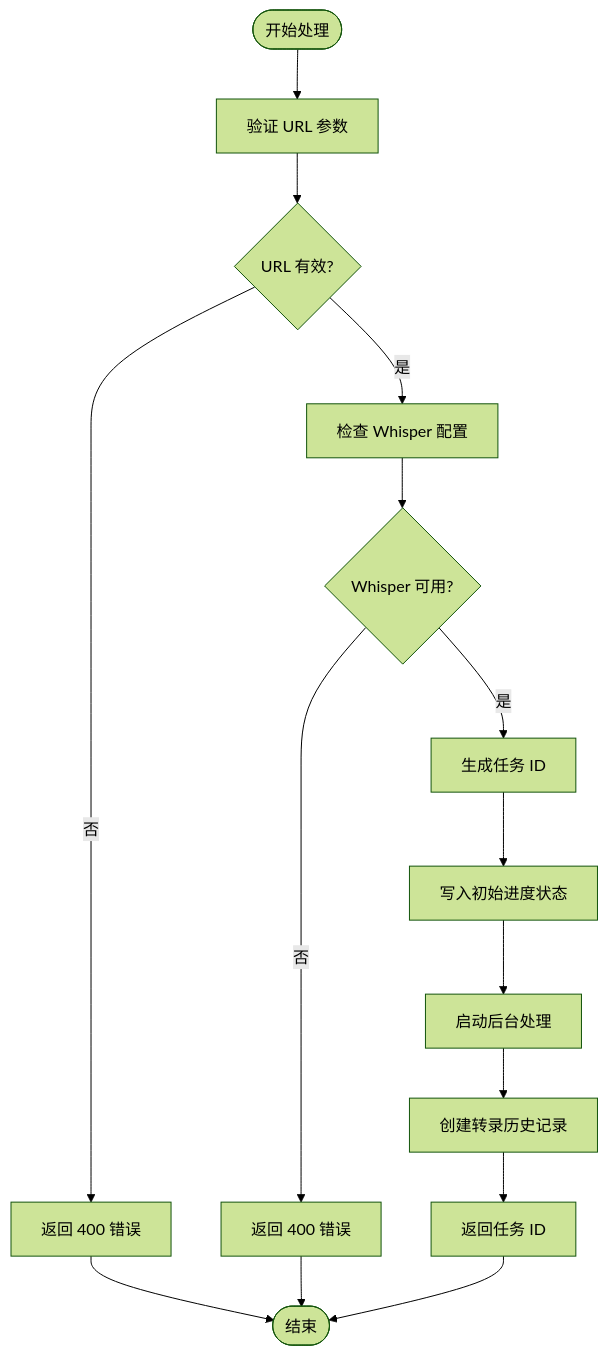
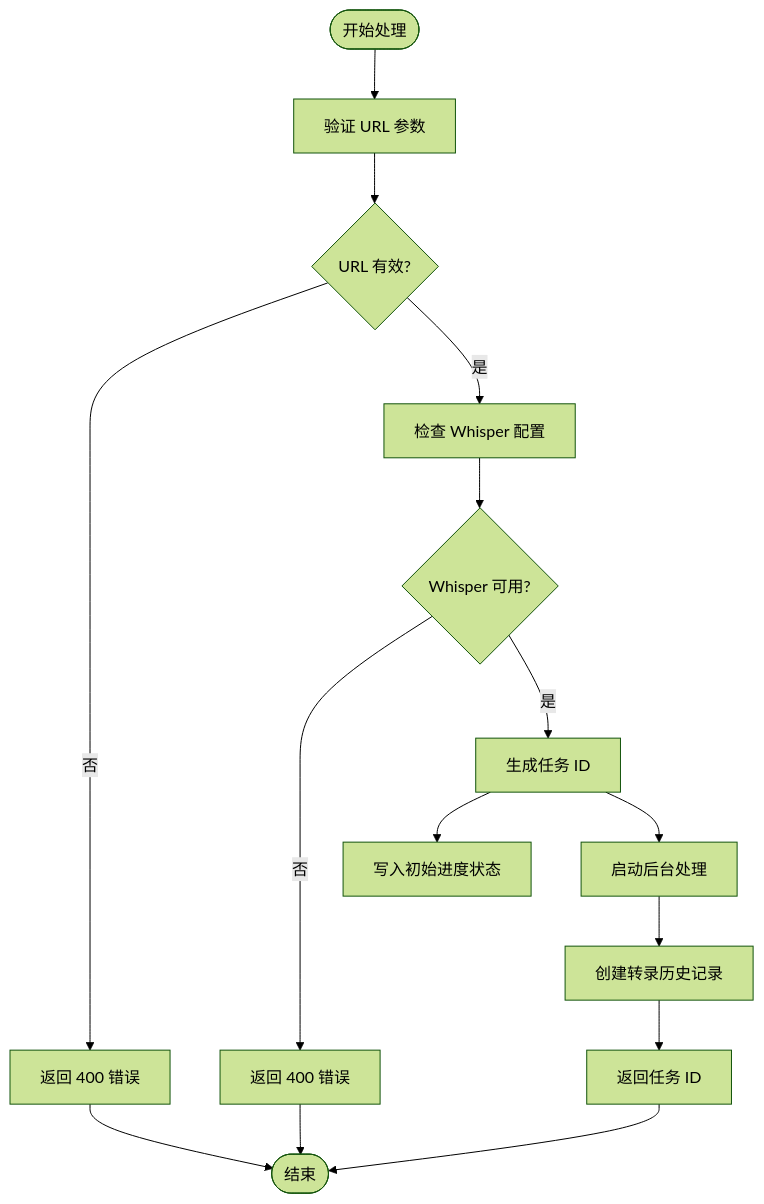
The fourth of 7 diagrams in .qoder/repowiki/zh/content/API 接口文档/核心 API 接口.md (clawbotai/memo-flow), drawn with Mermaid (forest theme) before and after one commit. The commit also changed other lines of this file and 14 other files, not shown here.

````diff
--- a/.qoder/repowiki/zh/content/API 接口文档/核心 API 接口.md
+++ b/.qoder/repowiki/zh/content/API 接口文档/核心 API 接口.md
@@ -293,17 +296,17 @@
 ```mermaid
 flowchart TD
 Start([开始处理]) --> ValidateURL["验证 URL 参数"]
 ValidateURL --> URLValid{"URL 有效?"}
 URLValid --> |否| Return400["返回 400 错误"]
 URLValid --> |是| CheckWhisper["检查 Whisper 配置"]
 CheckWhisper --> WhisperOK{"Whisper 可用?"}
 WhisperOK --> |否| Return400_2["返回 400 错误"]
 WhisperOK --> |是| GenerateTaskId["生成任务 ID"]
 GenerateTaskId --> WriteProgress["写入初始进度状态"]
-WriteProgress --> FireForget["启动后台处理"]
+GenerateTaskId --> FireForget["启动后台处理"]
 FireForget --> CreateRecord["创建转录历史记录"]
 CreateRecord --> ReturnSuccess["返回任务 ID"]
 Return400 --> End([结束])
 Return400_2 --> End
 ReturnSuccess --> End
 ```
````
